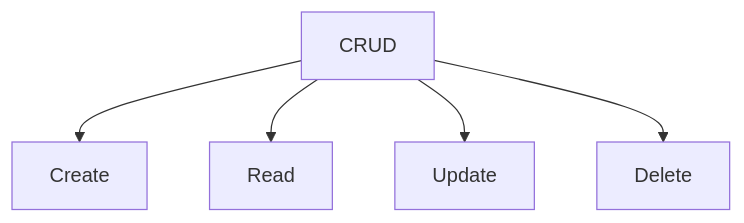
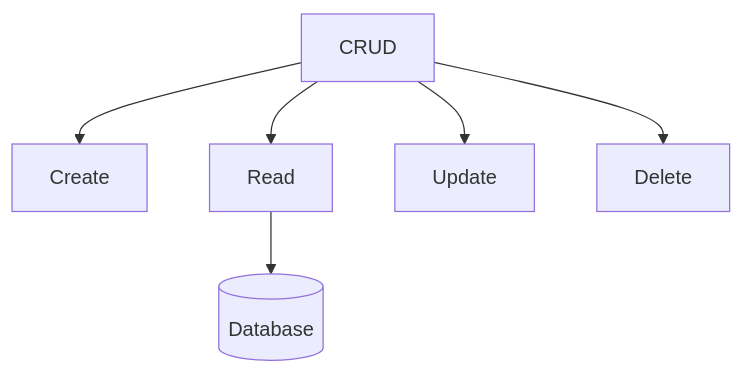
The diagram in README.md (shrsyc/google_sheets_DB), drawn with Mermaid before and after one commit.

````diff
--- a/README.md
+++ b/README.md
@@ -5,7 +5,8 @@
 ```mermaid
 graph TD;
     CRUD-->Create;
     CRUD-->Read;
     CRUD-->Update;
     CRUD-->Delete;
+    Read-->id1[(Database)]
 ```
````
